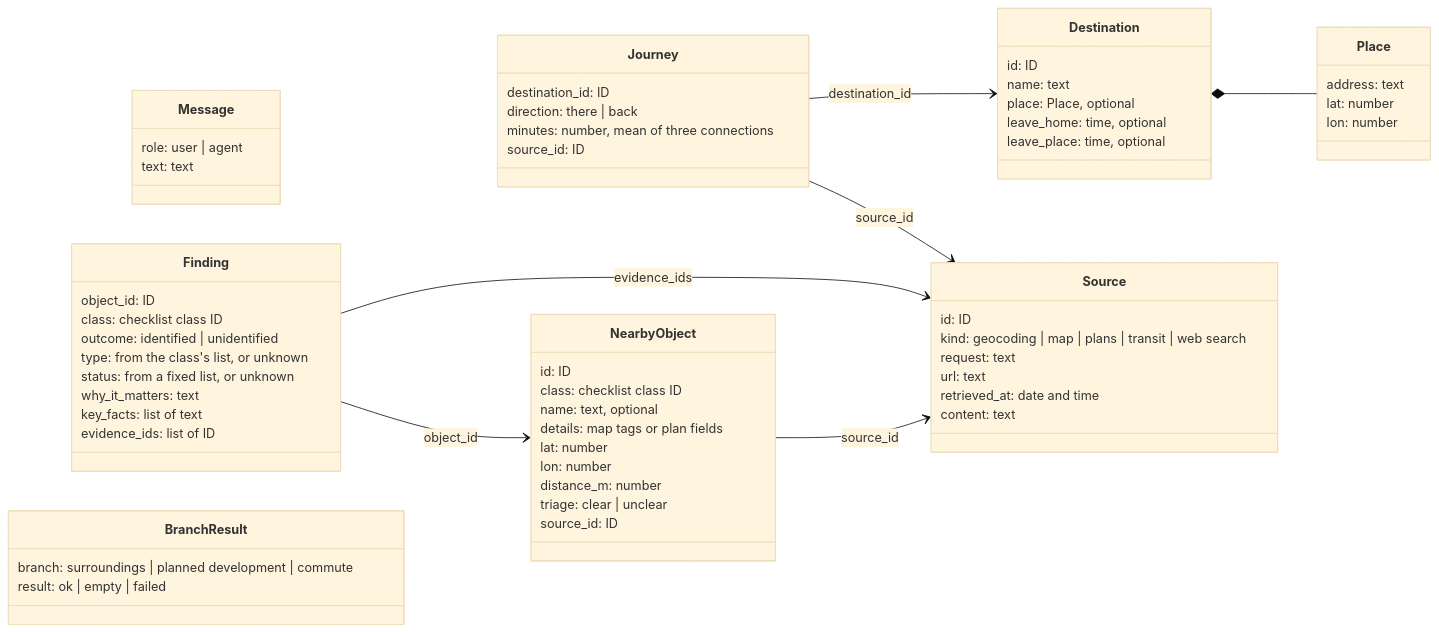
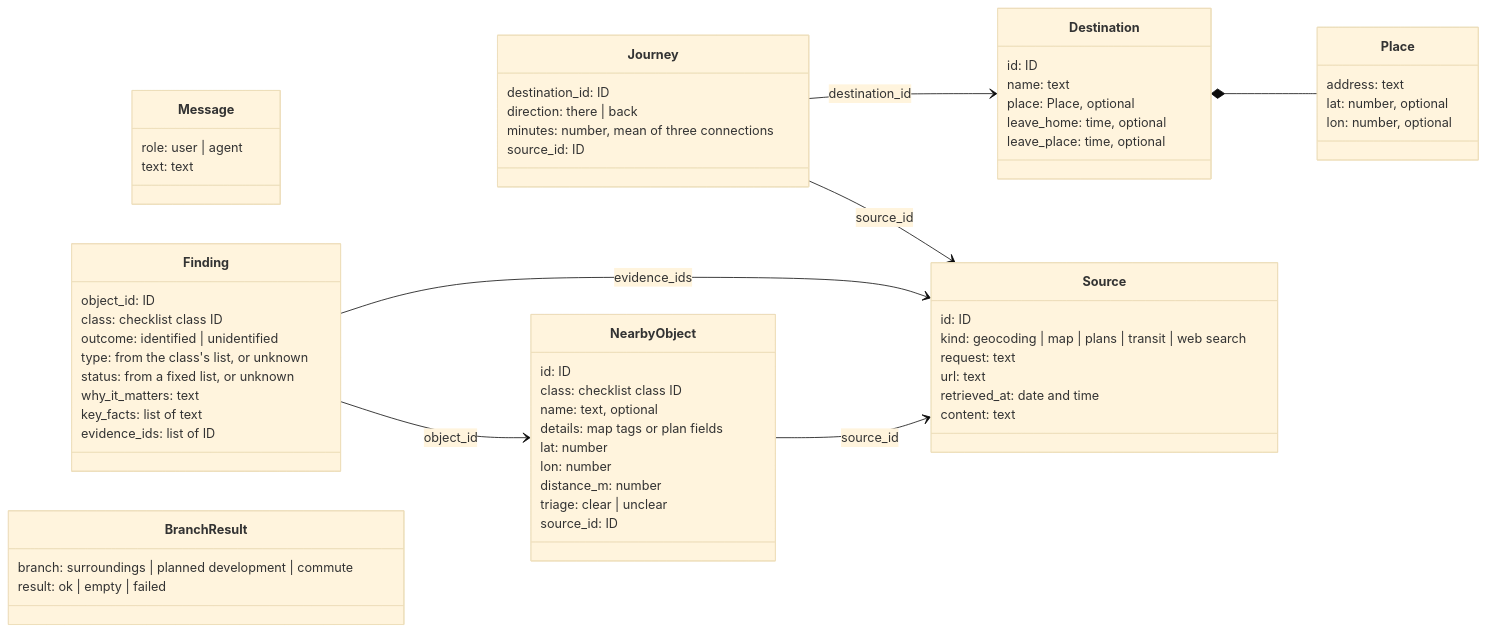
One commit to avashchenkov/out-of-frame changed the second of 2 diagrams in docs/architecture.md. Above: the diagram before and after it, drawn with Mermaid (base theme). The commit also changed other lines of this file, not shown here.

Commit message:
docs: take the state off the flowchart and list reads and writes per step

````diff
--- a/docs/architecture.md
+++ b/docs/architecture.md
@@ -186,65 +185,65 @@
 ```mermaid
 classDiagram
     direction LR
     class Message {
         role: user | agent
         text: text
     }
     class Place {
         address: text
-        lat: number
-        lon: number
+        lat: number, optional
+        lon: number, optional
     }
     class Destination {
         id: ID
         name: text
         place: Place, optional
         leave_home: time, optional
         leave_place: time, optional
     }
     class Source {
         id: ID
         kind: geocoding | map | plans | transit | web search
         request: text
         url: text
         retrieved_at: date and time
         content: text
     }
     class NearbyObject {
         id: ID
         class: checklist class ID
         name: text, optional
         details: map tags or plan fields
         lat: number
         lon: number
         distance_m: number
         triage: clear | unclear
         source_id: ID
     }
     class Finding {
         object_id: ID
         class: checklist class ID
         outcome: identified | unidentified
         type: from the class's list, or unknown
         status: from a fixed list, or unknown
         why_it_matters: text
         key_facts: list of text
         evidence_ids: list of ID
     }
     class Journey {
         destination_id: ID
         direction: there | back
         minutes: number, mean of three connections
         source_id: ID
     }
     class BranchResult {
         branch: surroundings | planned development | commute
         result: ok | empty | failed
     }
     Destination *-- Place
     NearbyObject --> Source : source_id
     Finding --> NearbyObject : object_id
     Finding --> Source : evidence_ids
     Journey --> Destination : destination_id
     Journey --> Source : source_id
 ```
````
